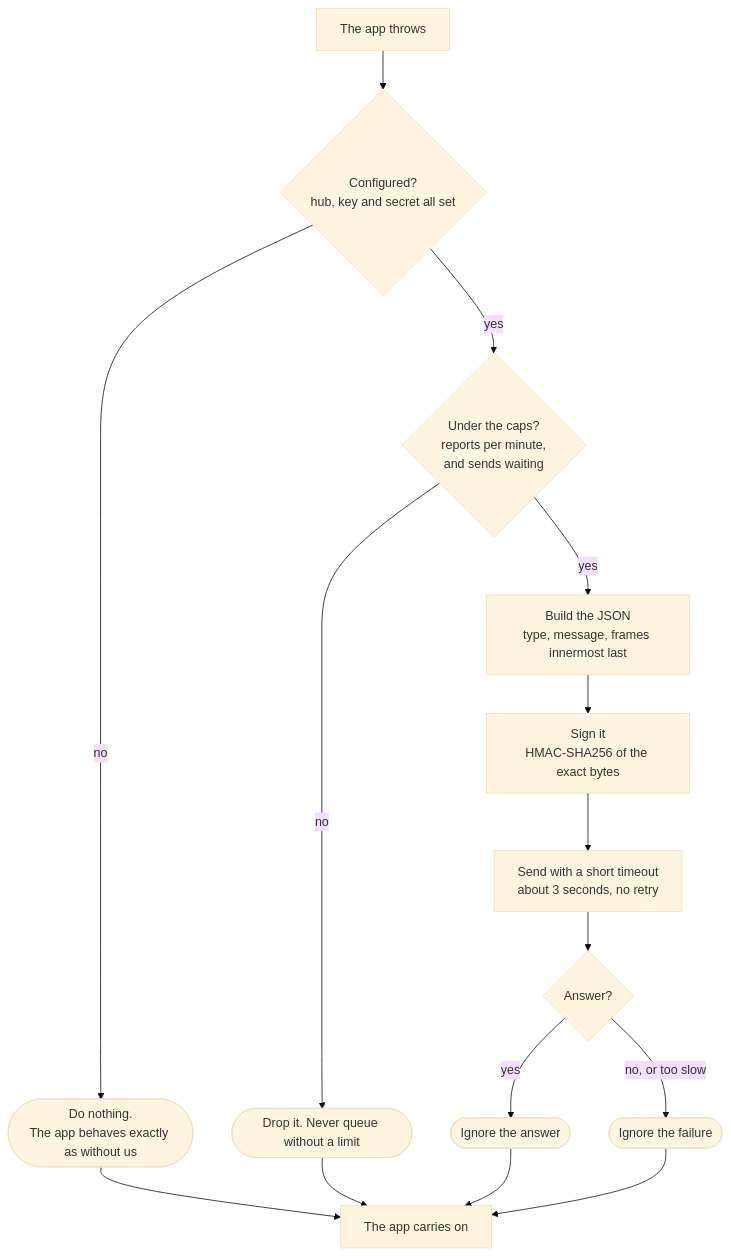
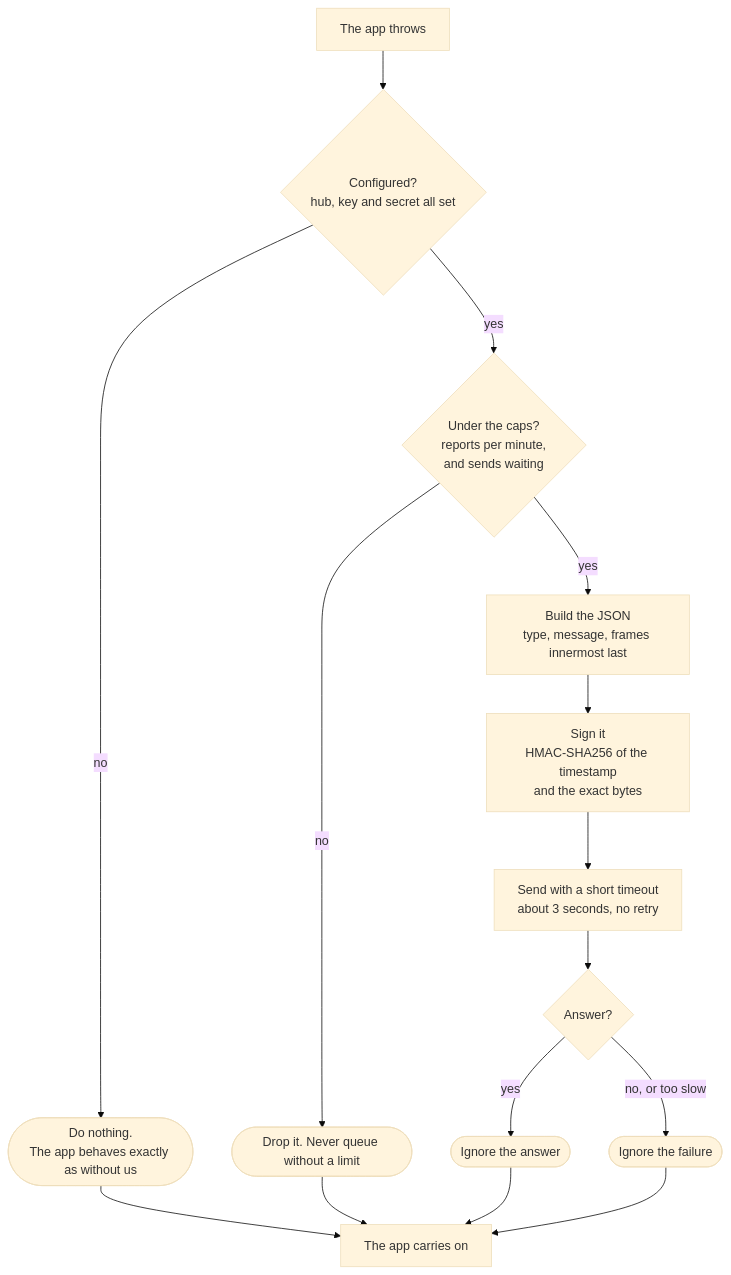
One commit to em-brandon/Nightjar changed the diagram in docs/REPORTERS.md. Above: the diagram before and after it, drawn with Mermaid (base theme). The commit also changed other lines of this file and 8 other files, not shown here.

````diff
--- a/docs/REPORTERS.md
+++ b/docs/REPORTERS.md
@@ -22,17 +22,17 @@
 ```mermaid
 flowchart TD
     A["The app throws"] --> B{"Configured?<br/>hub, key and secret all set"}
     B -- no --> Z(["Do nothing.<br/>The app behaves exactly as without us"])
     B -- yes --> C{"Under the caps?<br/>reports per minute,<br/>and sends waiting"}
     C -- no --> Z2(["Drop it. Never queue without a limit"])
     C -- yes --> D["Build the JSON<br/>type, message, frames innermost last"]
-    D --> E["Sign it<br/>HMAC-SHA256 of the exact bytes"]
+    D --> E["Sign it<br/>HMAC-SHA256 of the timestamp<br/>and the exact bytes"]
     E --> F["Send with a short timeout<br/>about 3 seconds, no retry"]
     F --> G{"Answer?"}
     G -- yes --> Z3(["Ignore the answer"])
     G -- "no, or too slow" --> Z4(["Ignore the failure"])
     Z --> H["The app carries on"]
     Z2 --> H
     Z3 --> H
     Z4 --> H
 ```
````
